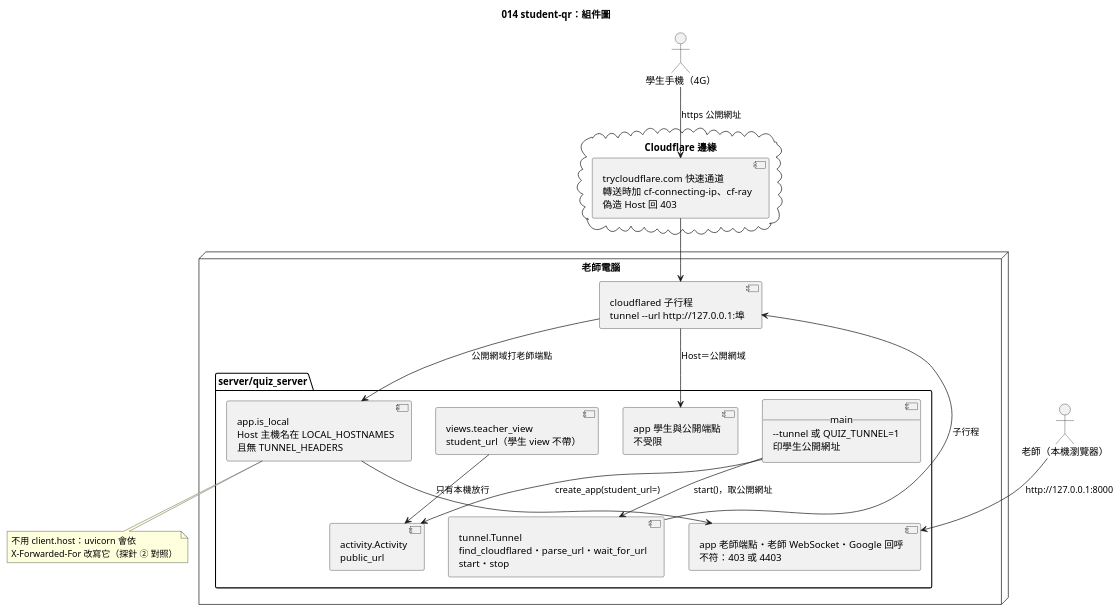
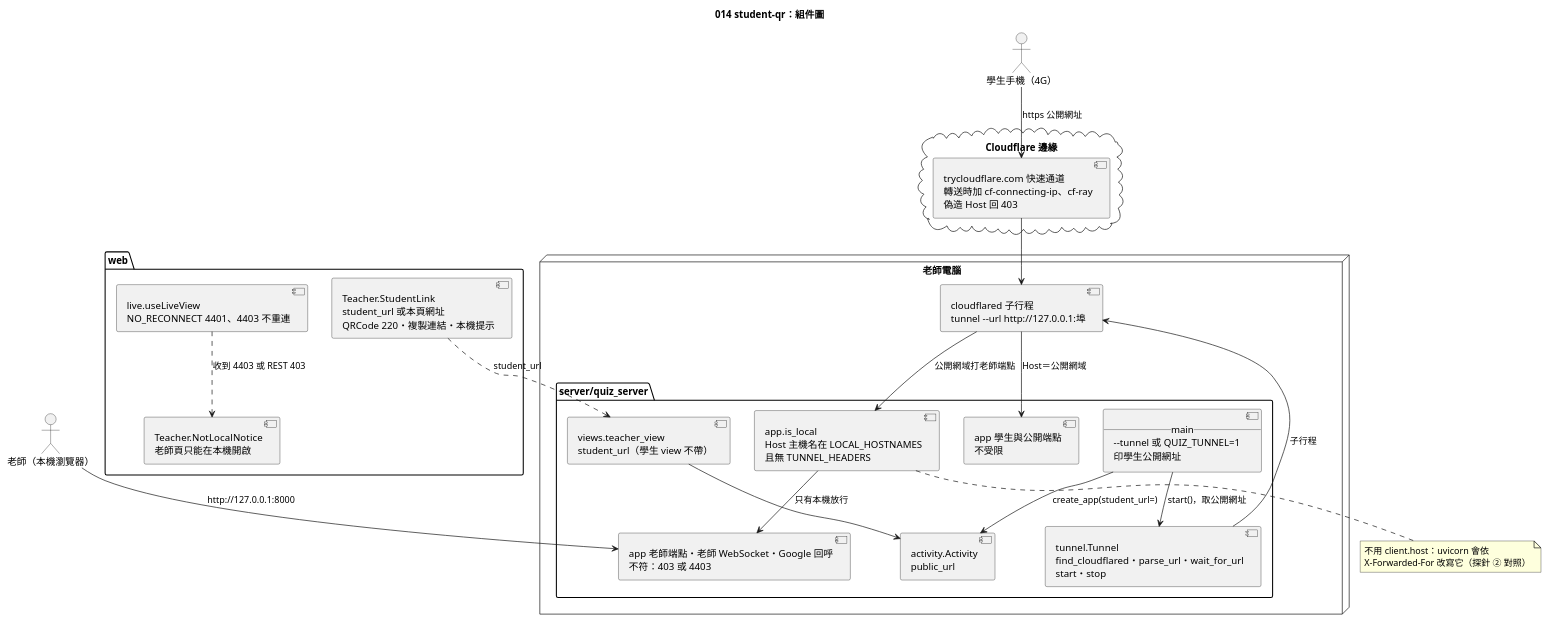
One commit to yue083139/software_fin-speckit changed the diagram in diagrams/014-student-qr-component.puml. Above: the diagram before and after it, drawn with PlantUML. The commit also changed 14 other files, not shown here.

First line of the commit message:
feat(web,server): [CORE] 014-student-qr——學生連結 QR、老師頁不在本機提示、4403 不重連（與 OpenSpec 組同批）

```diff
--- a/diagrams/014-student-qr-component.puml
+++ b/diagrams/014-student-qr-component.puml
@@ -1,38 +1,46 @@
 @startuml 014-student-qr-component
 title 014 student-qr：組件圖
 
 actor "學生手機（4G）" as Phone
 actor "老師（本機瀏覽器）" as Teacher
 
 cloud "Cloudflare 邊緣" {
   [trycloudflare.com 快速通道\n轉送時加 cf-connecting-ip、cf-ray\n偽造 Host 回 403] as Edge
+}
+
+package "web" {
+  [live.useLiveView\nNO_RECONNECT 4401、4403 不重連] as Live
+  [Teacher.StudentLink\nstudent_url 或本頁網址\nQRCode 220・複製連結・本機提示] as Link
+  [Teacher.NotLocalNotice\n老師頁只能在本機開啟] as NL
 }
 
 node "老師電腦" {
   [cloudflared 子行程\ntunnel --url http://127.0.0.1:埠] as CF
   package "server/quiz_server" {
     [__main__\n--tunnel 或 QUIZ_TUNNEL=1\n印學生公開網址] as Main
     [tunnel.Tunnel\nfind_cloudflared・parse_url・wait_for_url\nstart・stop] as Tun
     [app.is_local\nHost 主機名在 LOCAL_HOSTNAMES\n且無 TUNNEL_HEADERS] as Guard
     [app 老師端點・老師 WebSocket・Google 回呼\n不符：403 或 4403] as TeacherApi
     [app 學生與公開端點\n不受限] as StudentApi
     [views.teacher_view\nstudent_url（學生 view 不帶）] as Views
     [activity.Activity\npublic_url] as Act
   }
 }
 
 Main --> Tun : start()，取公開網址
 Tun --> CF : 子行程
 Main --> Act : create_app(student_url=)
 Views --> Act
 Phone --> Edge : https 公開網址
 Edge --> CF
 CF --> StudentApi : Host＝公開網域
 CF --> Guard : 公開網域打老師端點
 Guard --> TeacherApi : 只有本機放行
 Teacher --> TeacherApi : http://127.0.0.1:8000
+Link ..> Views : student_url
+Live ..> NL : 收到 4403 或 REST 403
 note bottom of Guard
   不用 client.host：uvicorn 會依
   X-Forwarded-For 改寫它（探針 ② 對照）
 end note
 @enduml
```
